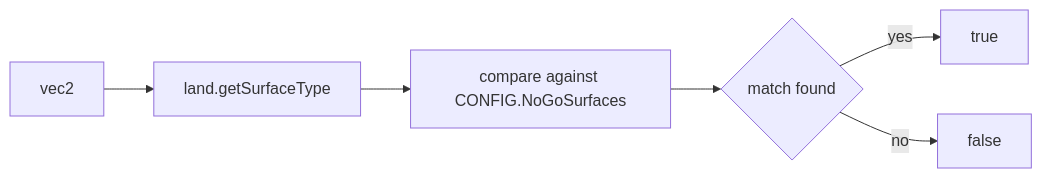
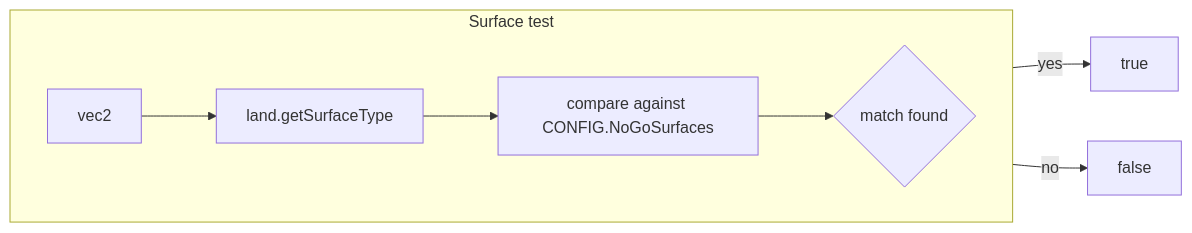
One commit to Gh0st352/AETHR changed the second of 3 diagrams in docs/spawner/nogo.md. Above: the diagram before and after it, drawn with Mermaid. The commit also changed other lines of this file and 9 other files, not shown here.

First line of the commit message:
docs(spawner, mermaid): restructure diagrams and clarify headings

````diff
--- a/docs/spawner/nogo.md
+++ b/docs/spawner/nogo.md
@@ -41,8 +62,15 @@
 ```mermaid
+%% shared theme: docs/_mermaid/theme.json %%
 flowchart LR
-  V[vec2] --> Q[land.getSurfaceType]
-  Q --> M[compare against CONFIG.NoGoSurfaces]
-  M --> C{match found}
-  C -- yes --> T[true]
-  C -- no --> F[false]
+  subgraph "Surface test"
+    direction LR
+    V[vec2] --> Q[land.getSurfaceType]
+    Q --> M[compare against CONFIG.NoGoSurfaces]
+    M --> C{match found}
+  end
+  C -- "yes" --> T[true]
+  C -- "no" --> F[false]
+  class V,Q,M,T,F class_step;
+  class C class_decision;
+  class T,F class_result;
 ```
````
